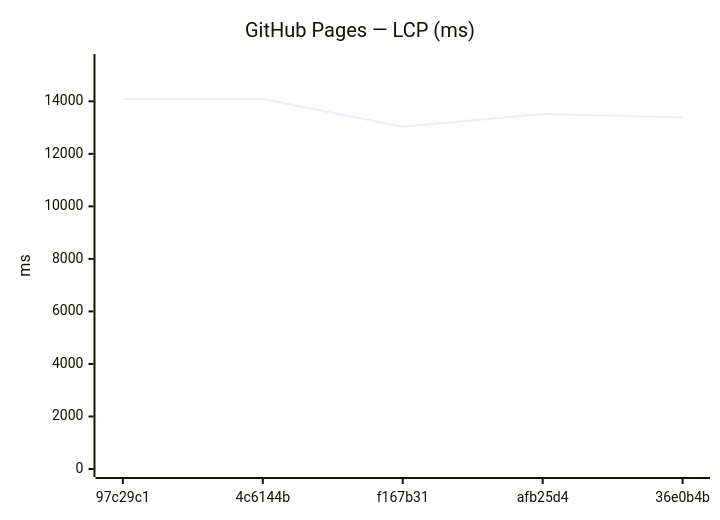
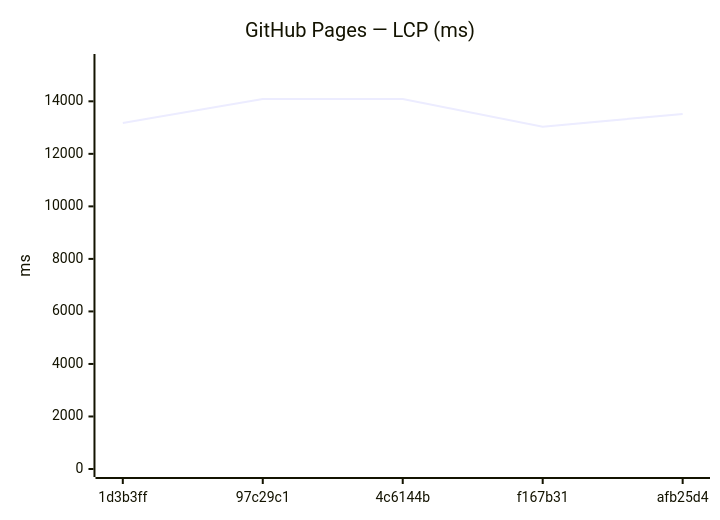
Before and after one commit to Metaheurist/Rianell: the ninth of 18 diagrams in benchmarks/compare.md, drawn with Mermaid. The commit also changed other lines of this file and 11 other files, not shown here.

````diff
--- a/benchmarks/compare.md
+++ b/benchmarks/compare.md
@@ -142,7 +142,7 @@
 ```mermaid
 xychart-beta
     title "GitHub Pages — LCP (ms)"
-    x-axis ["97c29c1", "4c6144b", "f167b31", "afb25d4", "36e0b4b"]
+    x-axis ["1d3b3ff", "97c29c1", "4c6144b", "f167b31", "afb25d4"]
     y-axis "ms" 0 --> 15497
-    line [14085, 14088, 13032, 13521, 13383]
+    line [13177, 14085, 14088, 13032, 13521]
 ```
````
